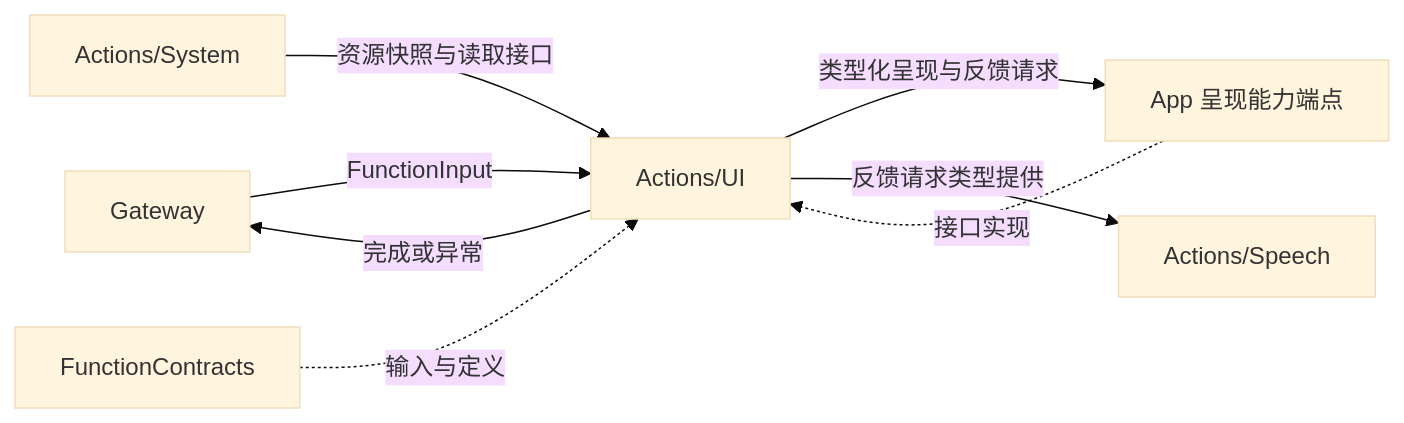
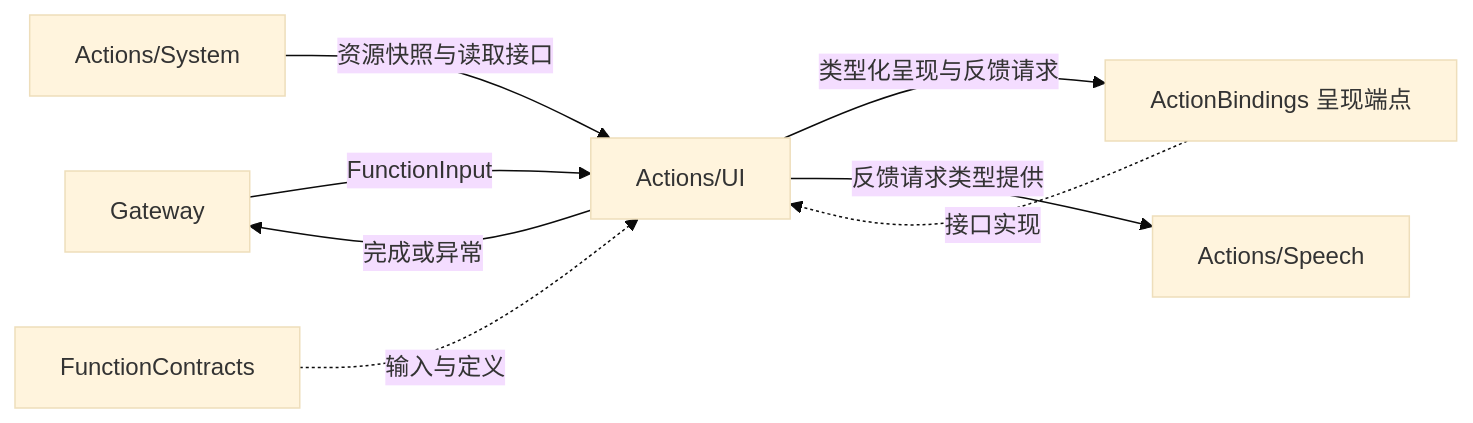
The first of 2 diagrams in MobileHarness/Actions/UI/README.md (devilyouwei/MobileHarness), drawn with Mermaid (base theme) before and after one commit. The commit also changed other lines of this file and 254 other files, not shown here.

First line of the commit message:
refactor: isolate app composition and module bindings

````diff
--- a/MobileHarness/Actions/UI/README.md
+++ b/MobileHarness/Actions/UI/README.md
@@ -9,10 +9,10 @@
 ```mermaid
 flowchart LR
     Gateway -->|FunctionInput| U[Actions/UI]
     U -->|完成或异常| Gateway
-    Host[App 呈现能力端点] -.->|接口实现| U
+    Host[ActionBindings 呈现端点] -.->|接口实现| U
     U -->|类型化呈现与反馈请求| Host
     System[Actions/System] -->|资源快照与读取接口| U
     U -->|反馈请求类型提供| Speech[Actions/Speech]
     Contracts[FunctionContracts] -.->|输入与定义| U
 ```
````
